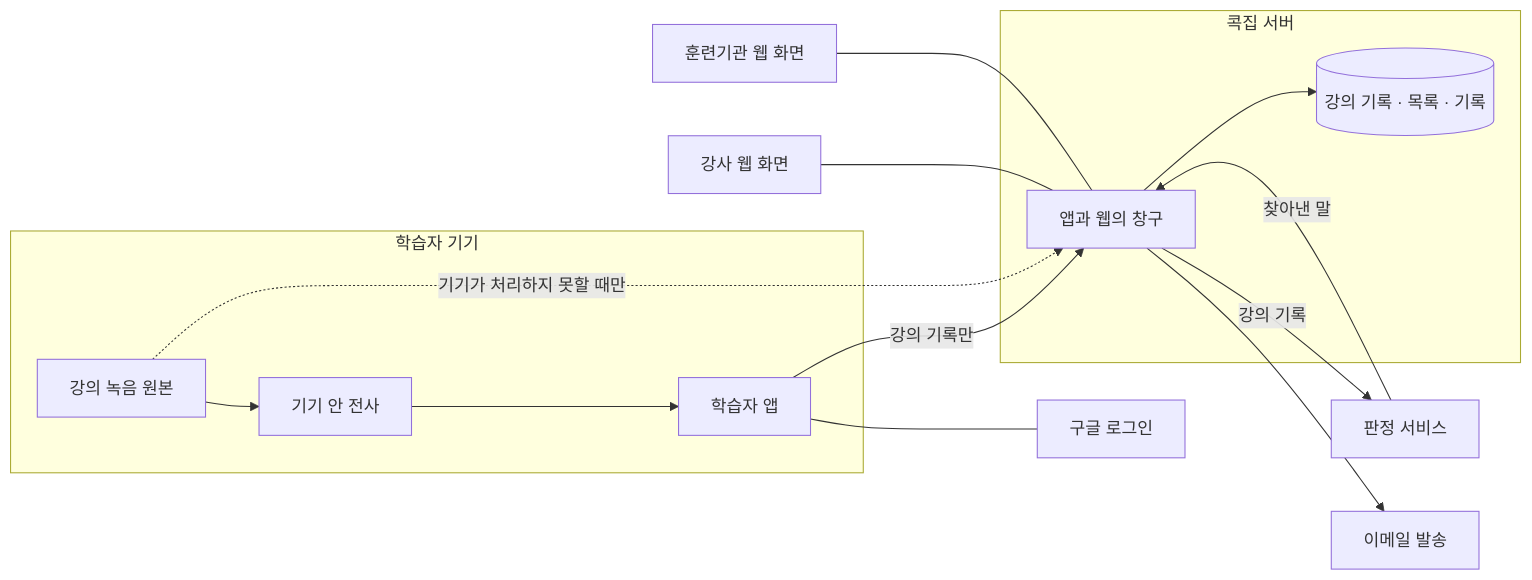
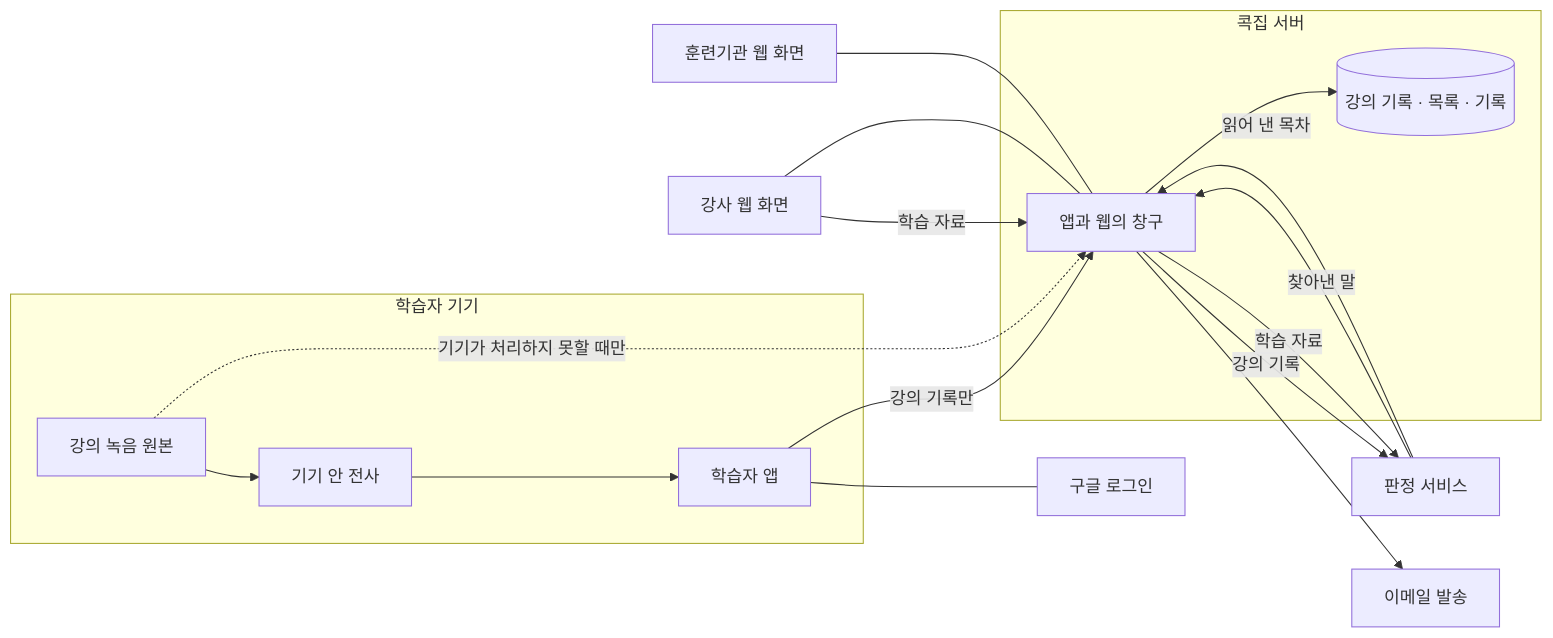
Before and after one commit to hayoungv/kokjip: the first of 7 diagrams in docs/02-srs/srs.md, drawn with Mermaid. The commit also changed other lines of this file, not shown here.

````diff
--- a/docs/02-srs/srs.md
+++ b/docs/02-srs/srs.md
@@ -67,29 +67,32 @@
 ```mermaid
 flowchart LR
     subgraph 기기["학습자 기기"]
         원본["강의 녹음 원본"]
         전사["기기 안 전사"]
         앱["학습자 앱"]
     end
     subgraph 서버["콕집 서버"]
         창구["앱과 웹의 창구"]
         저장소[("강의 기록 · 목록 · 기록")]
     end
     강사웹["강사 웹 화면"]
     기관웹["훈련기관 웹 화면"]
     판정["판정 서비스"]
     로그인["구글 로그인"]
     메일["이메일 발송"]
 
     원본 --> 전사
     전사 --> 앱
     앱 -->|"강의 기록만"| 창구
     원본 -.->|"기기가 처리하지 못할 때만"| 창구
     창구 --> 저장소
     창구 -->|"강의 기록"| 판정
     판정 -->|"찾아낸 말"| 창구
     앱 --- 로그인
     창구 --> 메일
+    강사웹 -->|"학습 자료"| 창구
+    창구 -->|"학습 자료"| 판정
+    판정 -->|"읽어 낸 목차"| 창구
     강사웹 --- 창구
     기관웹 --- 창구
 ```
````
